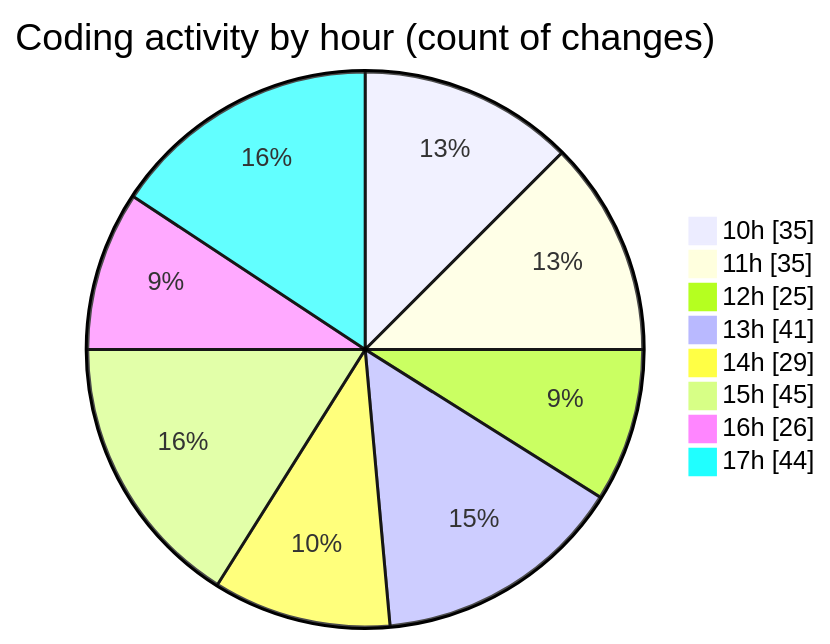
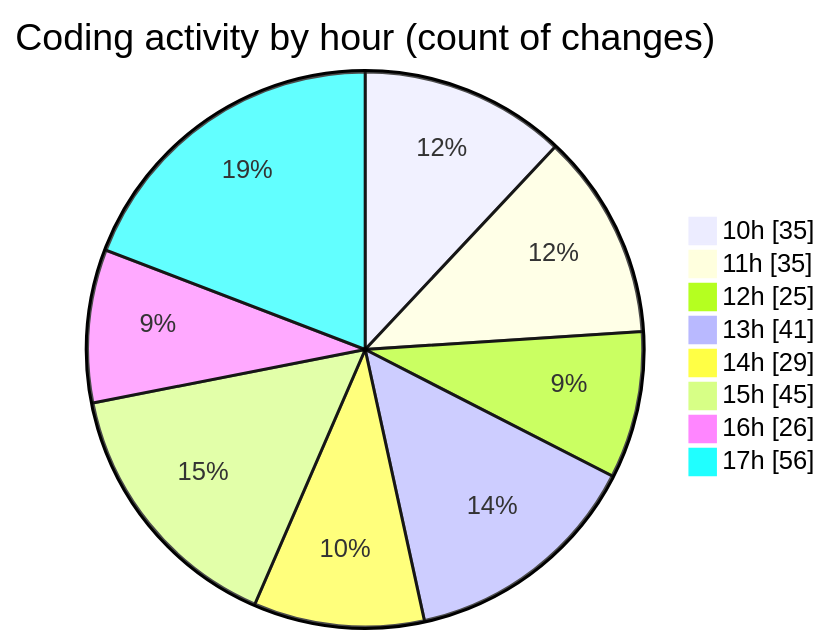
The second of 2 diagrams in 2025-03-26/cda/README.md (momahboobian/code-tracking), drawn with Mermaid before and after one commit. The commit also changed other lines of this file and 1 other file, not shown here.

````diff
--- a/2025-03-26/cda/README.md
+++ b/2025-03-26/cda/README.md
@@ -55,12 +55,12 @@
 ```mermaid
 pie showData
 title Coding activity by hour (count of changes)
 "10h" : 35
 "11h" : 35
 "12h" : 25
 "13h" : 41
 "14h" : 29
 "15h" : 45
 "16h" : 26
-"17h" : 44
+"17h" : 56
 ```
````
